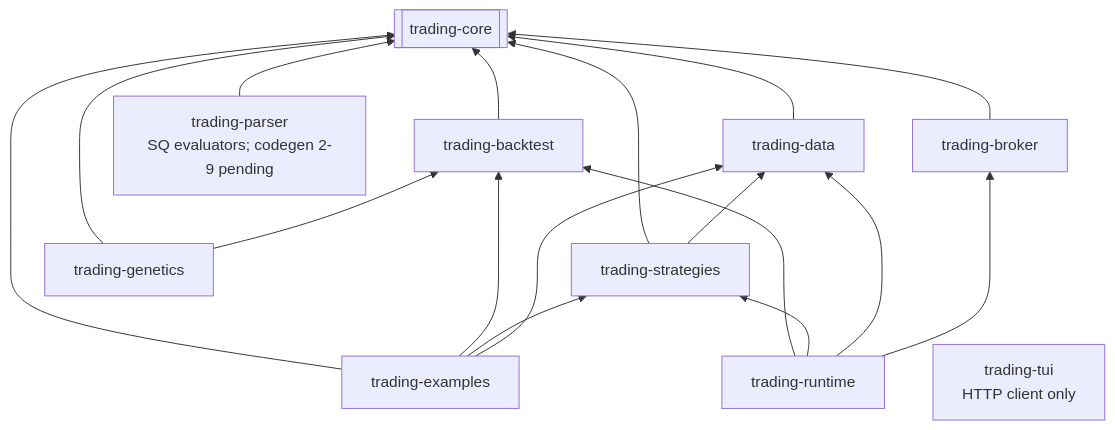
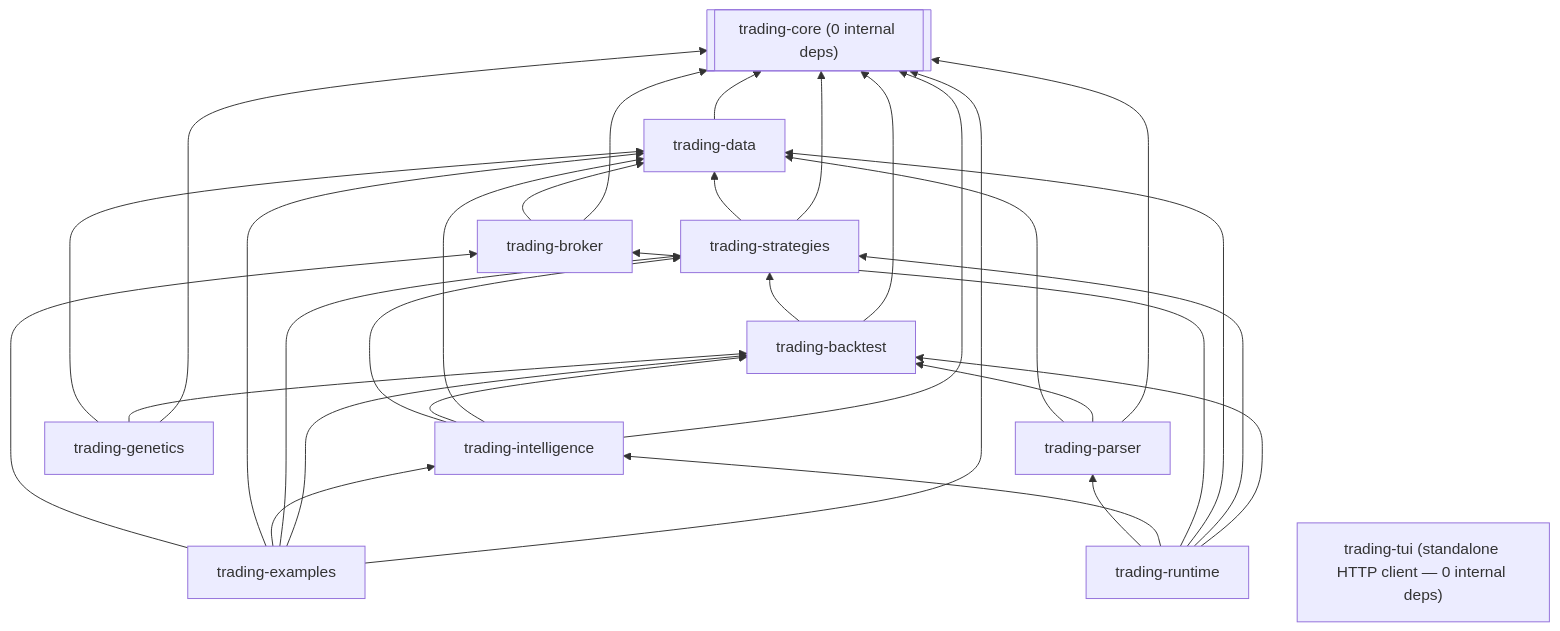
Before and after one commit to martinfou/trading-bridge: the diagram in _bmad-output/project-context.md, drawn with Mermaid. The commit also changed other lines of this file and 11 other files, not shown here.

````diff
--- a/_bmad-output/project-context.md
+++ b/_bmad-output/project-context.md
@@ -49,21 +52,34 @@
 ```mermaid
 flowchart BT
-  CORE[["trading-core"]]
-  BT_MOD["trading-backtest"] --> CORE
+  CORE[["trading-core (0 internal deps)"]]
   DATA["trading-data"] --> CORE
-  PARSER["trading-parser<br/>SQ evaluators; codegen 2-9 pending"] --> CORE
-  BROKER["trading-broker"] --> CORE
   STRAT["trading-strategies"] --> CORE
   STRAT --> DATA
+  BT["trading-backtest"] --> CORE
+  BT --> STRAT
+  BROKER["trading-broker"] --> CORE
+  BROKER --> DATA
+  PARSER["trading-parser"] --> CORE
+  PARSER --> BT
+  PARSER --> DATA
   GEN["trading-genetics"] --> CORE
-  GEN --> BT_MOD
-  EX["trading-examples"] --> CORE
-  EX --> BT_MOD
-  EX --> STRAT
-  EX --> DATA
-  RT["trading-runtime"] --> BT_MOD
+  GEN --> BT
+  GEN --> DATA
+  INTEL["trading-intelligence"] --> CORE
+  INTEL --> DATA
+  INTEL --> BT
+  INTEL --> STRAT
+  RT["trading-runtime"] --> BT
   RT --> STRAT
   RT --> DATA
   RT --> BROKER
-  TUI["trading-tui<br/>HTTP client only"]
+  RT --> INTEL
+  RT --> PARSER
+  EX["trading-examples"] --> CORE
+  EX --> BT
+  EX --> STRAT
+  EX --> INTEL
+  EX --> DATA
+  EX --> BROKER
+  TUI["trading-tui (standalone HTTP client — 0 internal deps)"]
 ```
````
